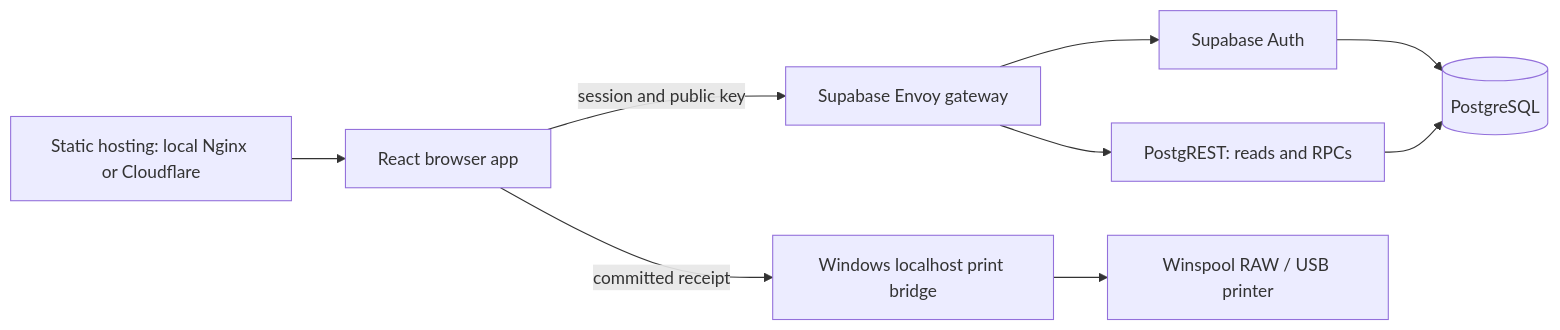
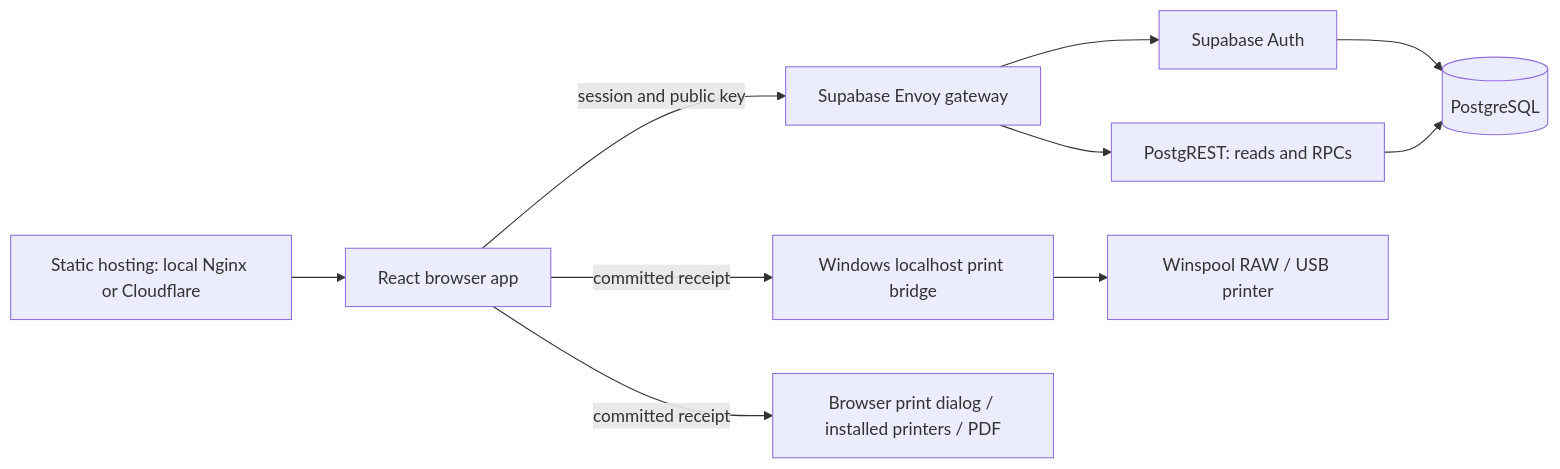
Before and after one commit to khandakarsifat-cloud/LPG: the diagram in docs/architecture.md, drawn with Mermaid. The commit also changed other lines of this file and 44 other files, not shown here.

````diff
--- a/docs/architecture.md
+++ b/docs/architecture.md
@@ -22,11 +22,12 @@
 ```mermaid
 flowchart LR
     Host[Static hosting: local Nginx or Cloudflare] --> UI[React browser app]
     UI -->|session and public key| Gateway[Supabase Envoy gateway]
     Gateway --> Auth[Supabase Auth]
     Gateway --> REST[PostgREST: reads and RPCs]
     Auth --> DB[(PostgreSQL)]
     REST --> DB
     UI -->|committed receipt| Bridge[Windows localhost print bridge]
     Bridge --> USB[Winspool RAW / USB printer]
+    UI -->|committed receipt| Dialog[Browser print dialog / installed printers / PDF]
 ```
````
